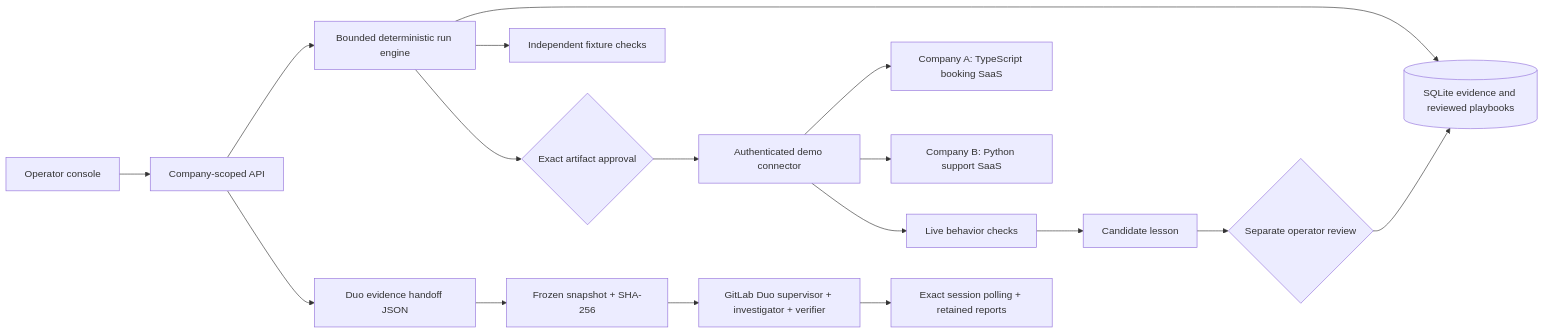
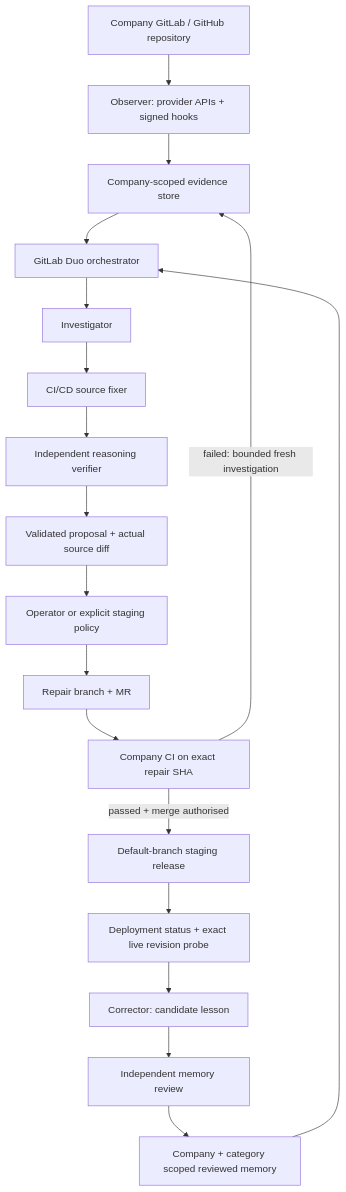
Before and after one commit to Jassi2004/transcend-maya: the diagram in docs/ARCHITECTURE.md, drawn with Mermaid. The commit also changed other lines of this file and 33 other files, not shown here.

Commit message:
Build real Duo CI repair workforce with verified staging and reviewed memory

````diff
--- a/docs/ARCHITECTURE.md
+++ b/docs/ARCHITECTURE.md
@@ -3,19 +3,20 @@
 ```mermaid
-flowchart LR
-  UI[Operator console] --> API[Company-scoped API]
-  API --> E[Bounded deterministic run engine]
-  E --> M[(SQLite evidence and reviewed playbooks)]
-  E --> V[Independent fixture checks]
-  E --> A{Exact artifact approval}
-  A --> C[Authenticated demo connector]
-  C --> CA[Company A: TypeScript booking SaaS]
-  C --> CB[Company B: Python support SaaS]
-  C --> L[Live behavior checks]
-  L --> R[Candidate lesson]
-  R --> H{Separate operator review}
-  H --> M
-  API --> P[Duo evidence handoff JSON]
-  P --> F[Frozen snapshot + SHA-256]
-  F --> D[GitLab Duo supervisor + investigator + verifier]
-  D --> S[Exact session polling + retained reports]
+flowchart TD
+  R[Company GitLab / GitHub repository] --> O[Observer: provider APIs + signed hooks]
+  O --> E[Company-scoped evidence store]
+  E --> D[GitLab Duo orchestrator]
+  D --> I[Investigator]
+  I --> F[CI/CD source fixer]
+  F --> V[Independent reasoning verifier]
+  V --> P[Validated proposal + actual source diff]
+  P --> G[Operator or explicit staging policy]
+  G --> MR[Repair branch + MR]
+  MR --> CI[Company CI on exact repair SHA]
+  CI -->|failed: bounded fresh investigation| E
+  CI -->|passed + merge authorised| S[Default-branch staging release]
+  S --> H[Deployment status + exact live revision probe]
+  H --> C[Corrector: candidate lesson]
+  C --> A[Independent memory review]
+  A --> M[Company + category scoped reviewed memory]
+  M --> D
 ```
````
